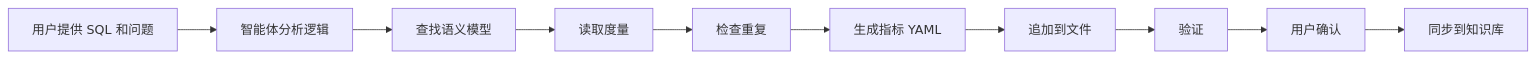
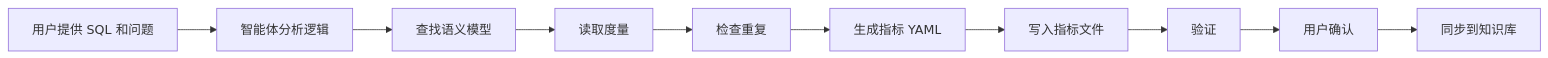
The third of 8 diagrams in docs/subagent/builtin_subagents.zh.md (Datus-ai/Datus-agent), drawn with Mermaid before and after one commit. The commit also changed other lines of this file and 5 other files, not shown here.

````diff
--- a/docs/subagent/builtin_subagents.zh.md
+++ b/docs/subagent/builtin_subagents.zh.md
@@ -370,12 +370,12 @@
 ```mermaid
 graph LR
     A[用户提供 SQL 和问题] --> B[智能体分析逻辑]
     B --> C[查找语义模型]
     C --> D[读取度量]
     D --> E[检查重复]
     E --> F[生成指标 YAML]
-    F --> G[追加到文件]
+    F --> G[写入指标文件]
     G --> H[验证]
     H --> I[用户确认]
     I --> J[同步到知识库]
 ```
````
